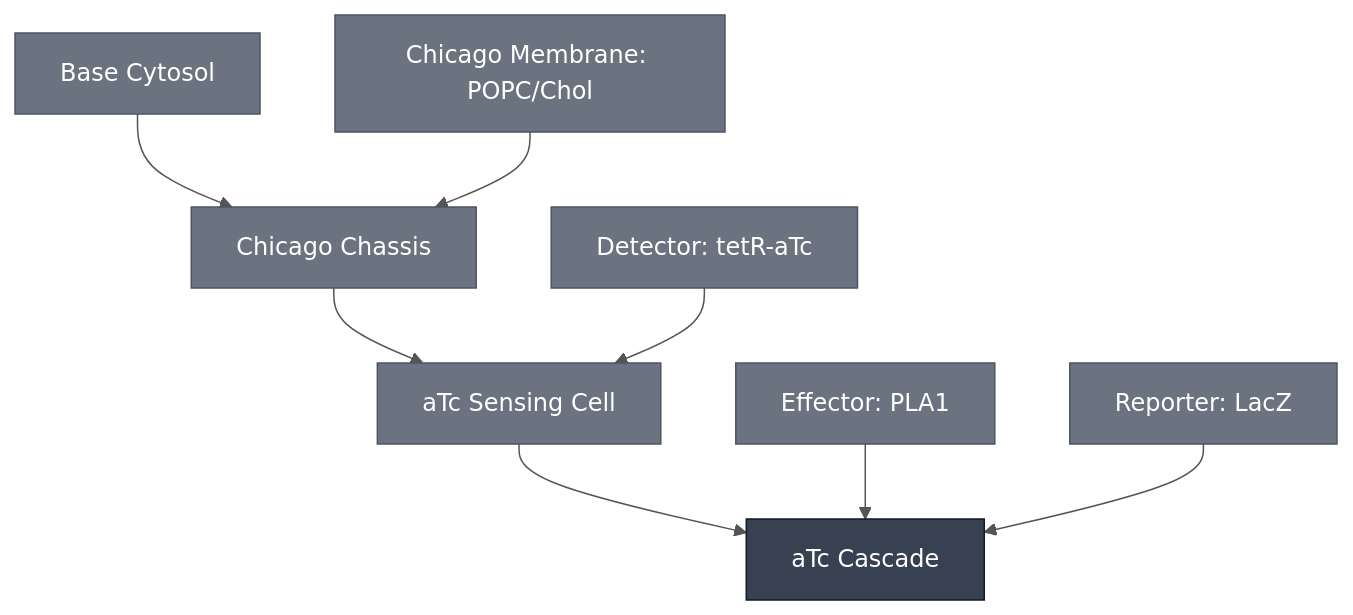
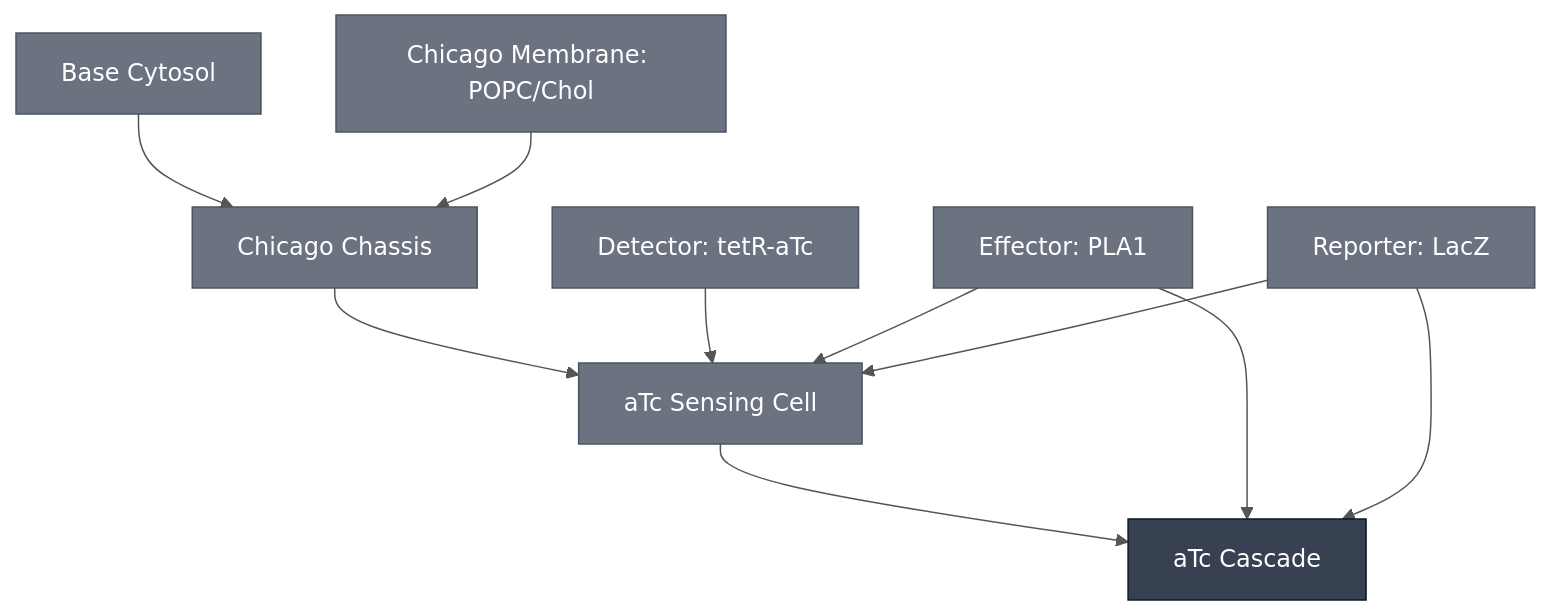
The diagram in docs/modules/atc-cascade/spec.md (nucleus-eng/nucleus-docs), drawn with Mermaid before and after one commit. The commit also changed 7 other files, not shown here.

````diff
--- a/docs/modules/atc-cascade/spec.md
+++ b/docs/modules/atc-cascade/spec.md
@@ -33,34 +33,36 @@
 ```mermaid
 %%{init: {'theme': 'base', 'themeVariables': {'lineColor': '#555555', 'edgeLabelBackground': '#ffffff'}}}%%
 flowchart TD
     ATC_CASCADE["aTc Cascade"]
     ATC_SENSING_CELL["aTc Sensing Cell"]
     BASE_CYTOSOL["Base Cytosol"]
     CHICAGO_CHASSIS["Chicago Chassis"]
     DETECTOR_TETR_ATC["Detector: tetR-aTc"]
     EFFECTOR_PLA1["Effector: PLA1"]
     MEMBRANE_POPC_CHOL_CHICAGO["Chicago Membrane: POPC/Chol"]
     REPORTER_LACZ["Reporter: LacZ"]
 
     ATC_SENSING_CELL --> ATC_CASCADE
     EFFECTOR_PLA1 --> ATC_CASCADE
     REPORTER_LACZ --> ATC_CASCADE
     CHICAGO_CHASSIS --> ATC_SENSING_CELL
     DETECTOR_TETR_ATC --> ATC_SENSING_CELL
+    EFFECTOR_PLA1 --> ATC_SENSING_CELL
+    REPORTER_LACZ --> ATC_SENSING_CELL
     BASE_CYTOSOL --> CHICAGO_CHASSIS
     MEMBRANE_POPC_CHOL_CHICAGO --> CHICAGO_CHASSIS
 
     classDef constituent fill:#6B7280,color:#ffffff,stroke:#4B5563;
     classDef this fill:#374151,color:#ffffff,stroke:#111827;
     class ATC_SENSING_CELL,BASE_CYTOSOL,CHICAGO_CHASSIS,DETECTOR_TETR_ATC,EFFECTOR_PLA1,MEMBRANE_POPC_CHOL_CHICAGO,REPORTER_LACZ constituent;
     class ATC_CASCADE this;
 
     click ATC_CASCADE "/docs/modules/atc-cascade/spec"
     click ATC_SENSING_CELL "/docs/modules/atc-sensing-cell/spec"
     click BASE_CYTOSOL "/docs/modules/base-cytosol/spec"
     click CHICAGO_CHASSIS "/docs/modules/chicago-chassis/spec"
     click DETECTOR_TETR_ATC "/docs/modules/detector-tetr-atc/spec"
     click EFFECTOR_PLA1 "/docs/modules/effector-pla1/spec"
     click MEMBRANE_POPC_CHOL_CHICAGO "/docs/modules/membrane-popc-chol-chicago/spec"
     click REPORTER_LACZ "/docs/modules/reporter-lacz/spec"
 ```
````
